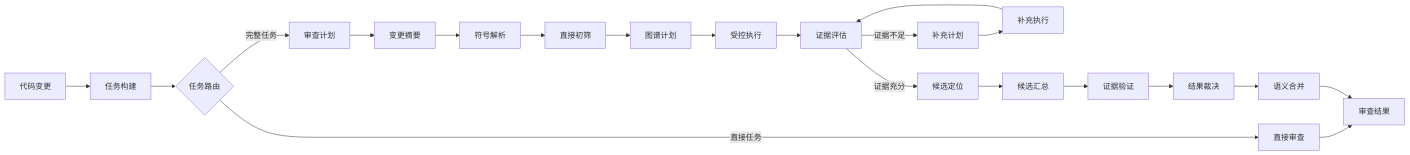
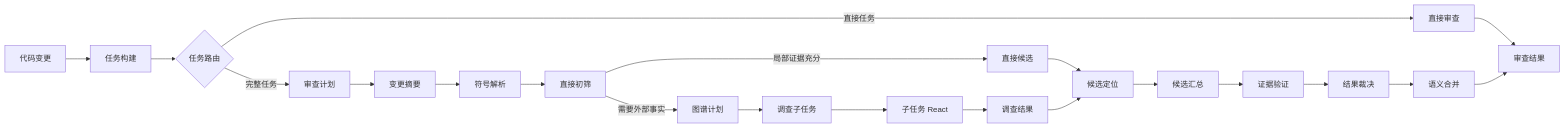
Before and after one commit to baiyun689/Codeguard: the second of 2 diagrams in README.md, drawn with Mermaid. The commit also changed other lines of this file and 29 other files, not shown here.

````diff
--- a/README.md
+++ b/README.md
@@ -52,25 +57,25 @@
 ```mermaid
 flowchart LR
     Diff[代码变更] --> Tasks[任务构建]
     Tasks --> Route{任务路由}
 
     Route -->|直接任务| Direct[直接审查]
     Route -->|完整任务| Plan[审查计划]
     Plan --> Summary[变更摘要]
     Summary --> Symbols[符号解析]
     Symbols --> Triage[直接初筛]
-    Triage --> GraphPlan[图谱计划]
-    GraphPlan --> Execute[受控执行]
-    Execute --> Assess[证据评估]
-    Assess -->|证据不足| Replan[补充计划]
-    Replan --> Delta[补充执行]
-    Delta --> Assess
-    Assess -->|证据充分| Locate[候选定位]
+    Triage -->|局部证据充分| DirectFinding[直接候选]
+    Triage -->|需要外部事实| GraphPlan[图谱计划]
+    GraphPlan --> Subtasks[调查子任务]
+    Subtasks --> React[子任务 React]
+    React --> Findings[调查结果]
+    DirectFinding --> Locate[候选定位]
+    Findings --> Locate
     Locate --> Collect[候选汇总]
     Collect --> Verify[证据验证]
     Verify --> Judge[结果裁决]
     Judge --> Merge[语义合并]
 
     Direct --> Result[审查结果]
     Merge --> Result
 ```
````
